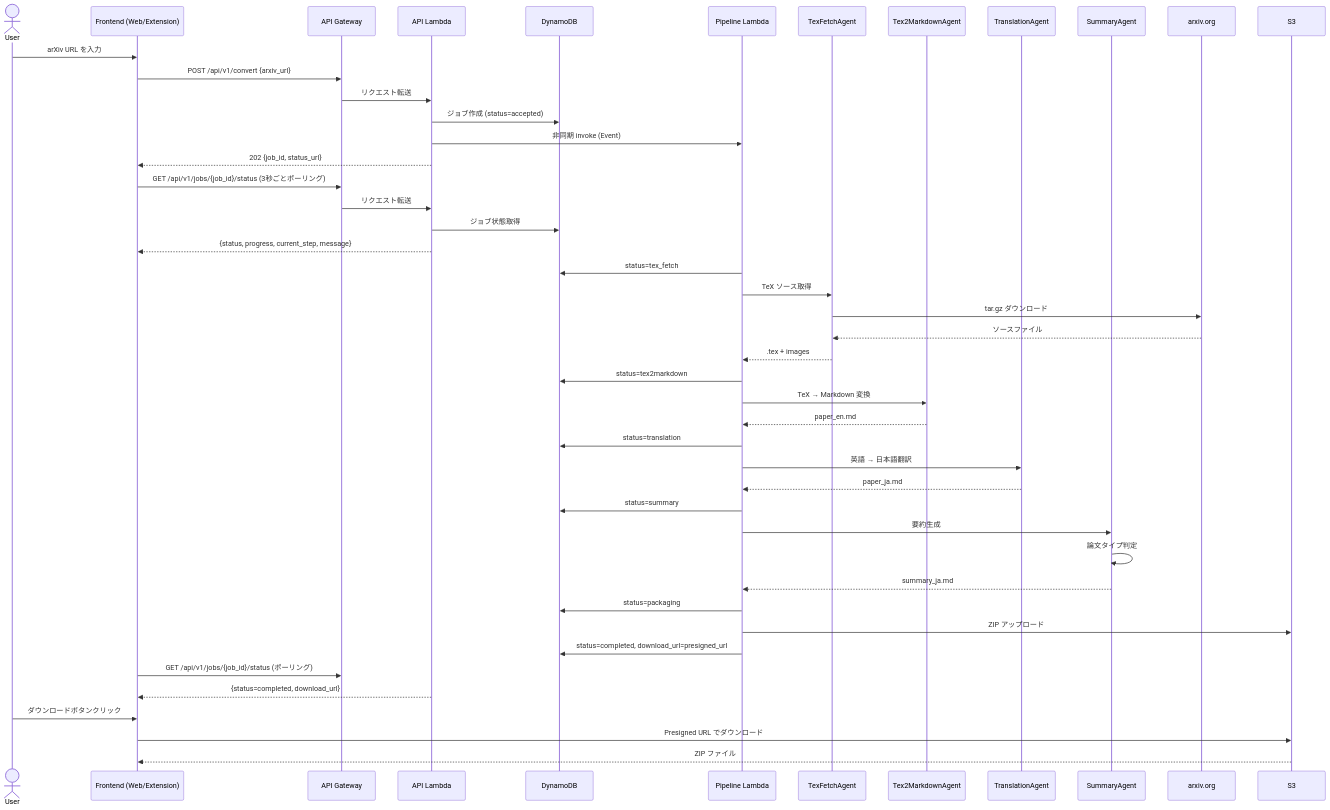
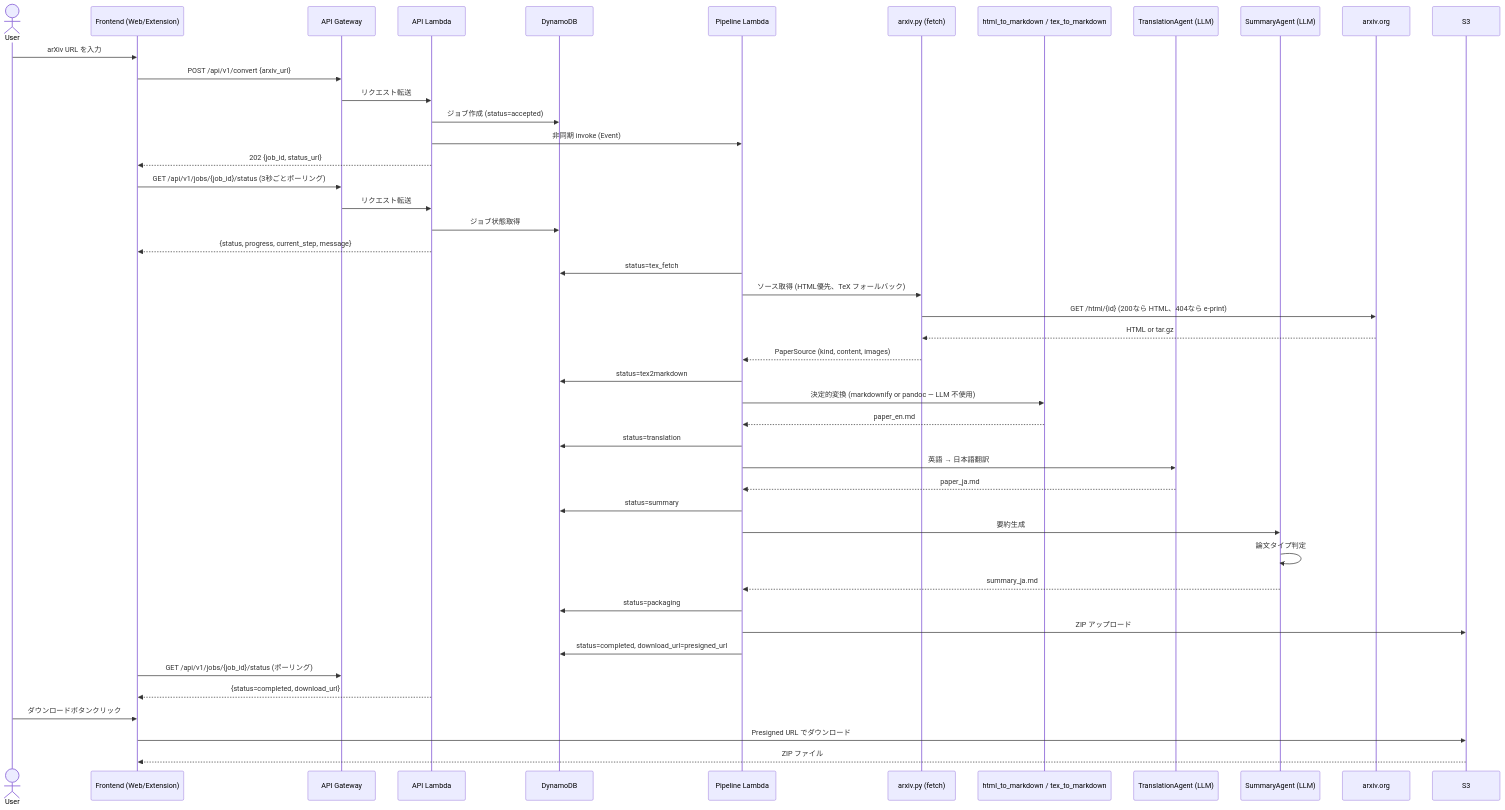
One commit to JohnYKiyo/ArxivSummaryChromeExtension changed the diagram in docs/SPEC.md. Above: the diagram before and after it, drawn with Mermaid. The commit also changed other lines of this file and 4 other files, not shown here.

````diff
--- a/docs/SPEC.md
+++ b/docs/SPEC.md
@@ -269,57 +283,57 @@
 ```mermaid
 sequenceDiagram
     actor User
     participant FE as Frontend (Web/Extension)
     participant APIGW as API Gateway
     participant ApiLambda as API Lambda
     participant DDB as DynamoDB
     participant PipeLambda as Pipeline Lambda
-    participant TF as TexFetchAgent
-    participant T2M as Tex2MarkdownAgent
-    participant TR as TranslationAgent
-    participant SM as SummaryAgent
+    participant Fetch as arxiv.py (fetch)
+    participant Conv as html_to_markdown / tex_to_markdown
+    participant TR as TranslationAgent (LLM)
+    participant SM as SummaryAgent (LLM)
     participant ArXiv as arxiv.org
     participant S3 as S3
 
     User->>FE: arXiv URL を入力
     FE->>APIGW: POST /api/v1/convert {arxiv_url}
     APIGW->>ApiLambda: リクエスト転送
     ApiLambda->>DDB: ジョブ作成 (status=accepted)
     ApiLambda->>PipeLambda: 非同期 invoke (Event)
     ApiLambda-->>FE: 202 {job_id, status_url}
 
     FE->>APIGW: GET /api/v1/jobs/{job_id}/status (3秒ごとポーリング)
     APIGW->>ApiLambda: リクエスト転送
     ApiLambda->>DDB: ジョブ状態取得
     ApiLambda-->>FE: {status, progress, current_step, message}
 
     PipeLambda->>DDB: status=tex_fetch
-    PipeLambda->>TF: TeX ソース取得
-    TF->>ArXiv: tar.gz ダウンロード
-    ArXiv-->>TF: ソースファイル
-    TF-->>PipeLambda: .tex + images
+    PipeLambda->>Fetch: ソース取得 (HTML優先、TeX フォールバック)
+    Fetch->>ArXiv: GET /html/{id} (200なら HTML、404なら e-print)
+    ArXiv-->>Fetch: HTML or tar.gz
+    Fetch-->>PipeLambda: PaperSource (kind, content, images)
 
     PipeLambda->>DDB: status=tex2markdown
-    PipeLambda->>T2M: TeX → Markdown 変換
-    T2M-->>PipeLambda: paper_en.md
+    PipeLambda->>Conv: 決定的変換 (markdownify or pandoc — LLM 不使用)
+    Conv-->>PipeLambda: paper_en.md
 
     PipeLambda->>DDB: status=translation
     PipeLambda->>TR: 英語 → 日本語翻訳
     TR-->>PipeLambda: paper_ja.md
 
     PipeLambda->>DDB: status=summary
     PipeLambda->>SM: 要約生成
     SM->>SM: 論文タイプ判定
     SM-->>PipeLambda: summary_ja.md
 
     PipeLambda->>DDB: status=packaging
     PipeLambda->>S3: ZIP アップロード
     PipeLambda->>DDB: status=completed, download_url=presigned_url
 
     FE->>APIGW: GET /api/v1/jobs/{job_id}/status (ポーリング)
     ApiLambda-->>FE: {status=completed, download_url}
 
     User->>FE: ダウンロードボタンクリック
     FE->>S3: Presigned URL でダウンロード
     S3-->>FE: ZIP ファイル
 ```
````
